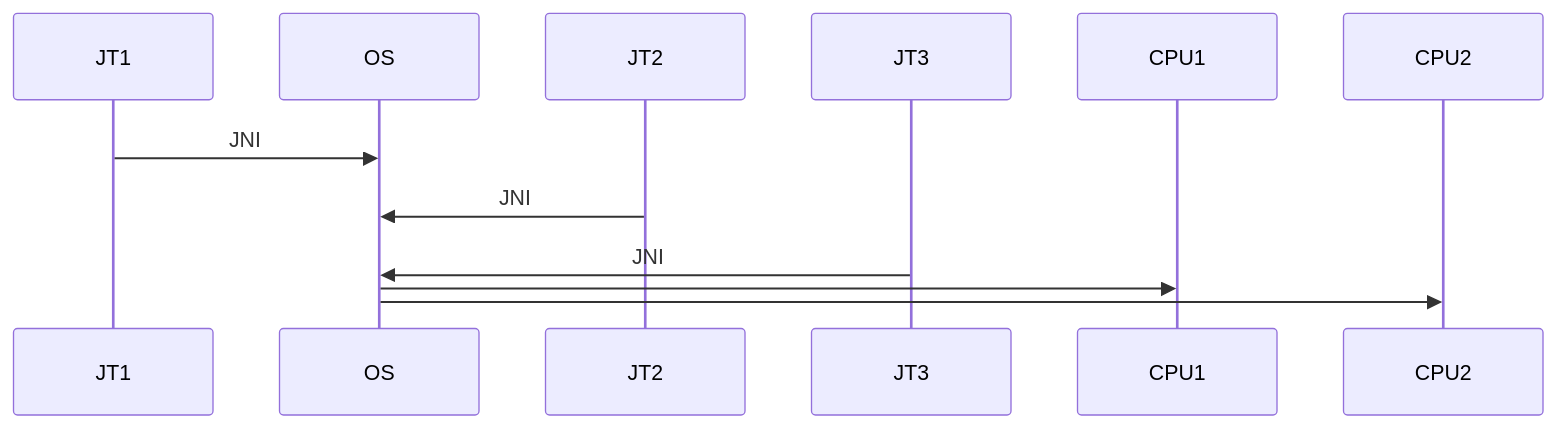
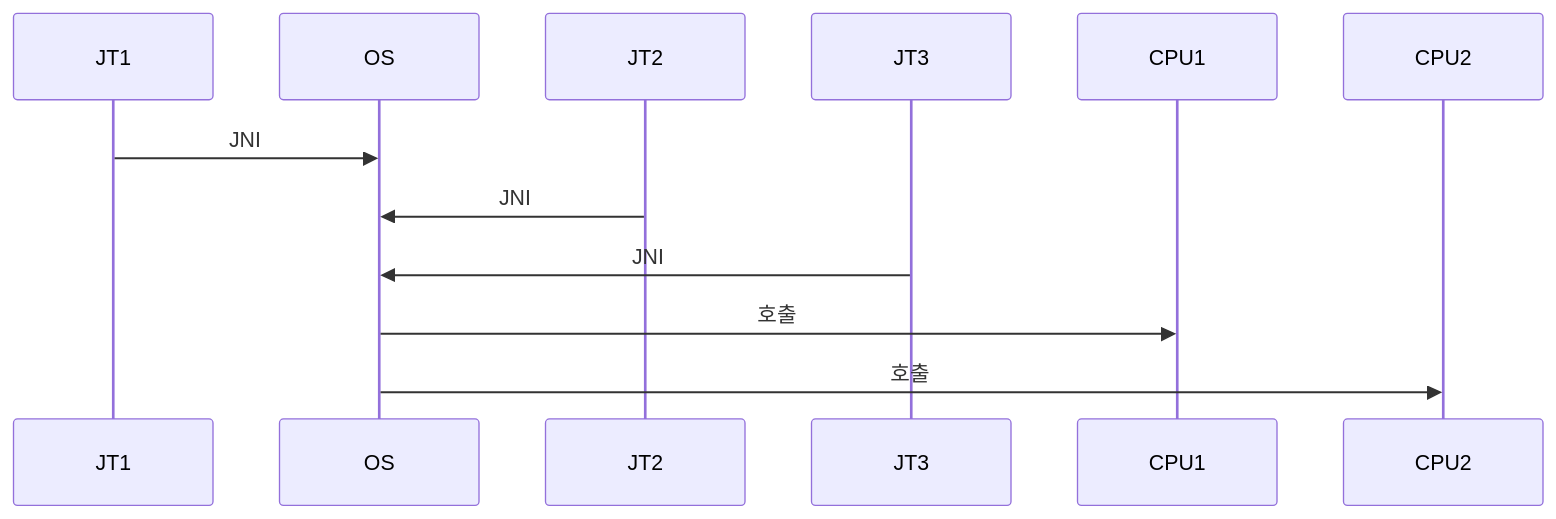
Before and after one commit to yjkim2015/yjkim2015.github.io: the third of 17 diagrams in _posts/java/2026-05-01-java-thread.md, drawn with Mermaid. The commit also changed other lines of this file and 85 other files, not shown here.

First line of the commit message:
sequenceDiagram 문법 에러 2차 수정 169개 (86파일)

````diff
--- a/_posts/java/2026-05-01-java-thread.md
+++ b/_posts/java/2026-05-01-java-thread.md
@@ -61,8 +61,8 @@
 ```mermaid
 sequenceDiagram
     JT1->>OS: JNI
     JT2->>OS: JNI
     JT3->>OS: JNI
-    OS->>CPU1:
-    OS->>CPU2:
+    OS->>CPU1: 호출
+    OS->>CPU2: 호출
 ```
````
